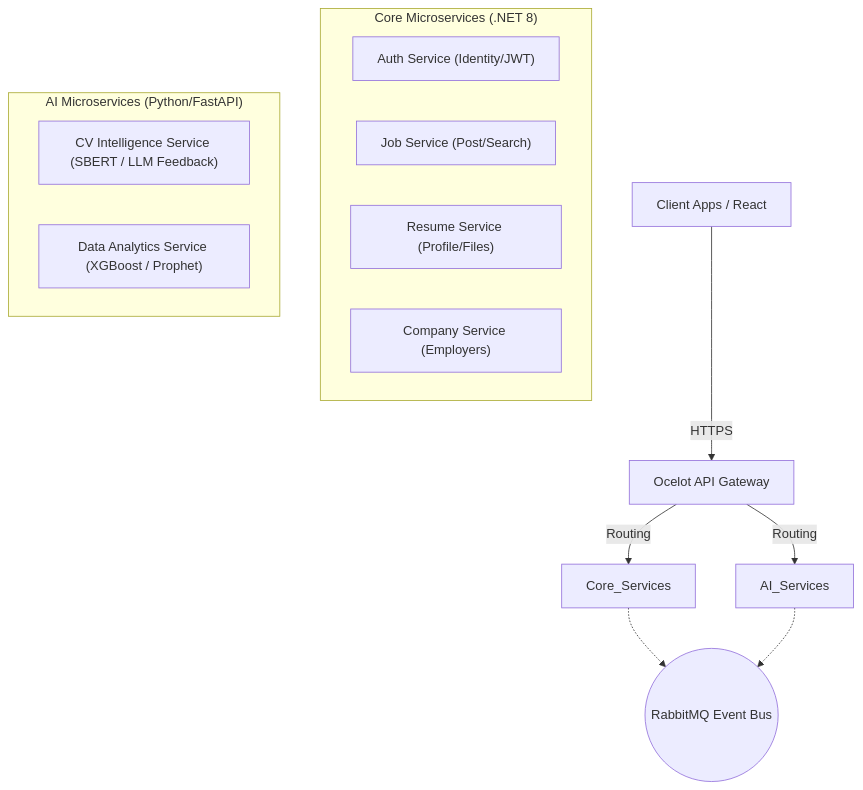
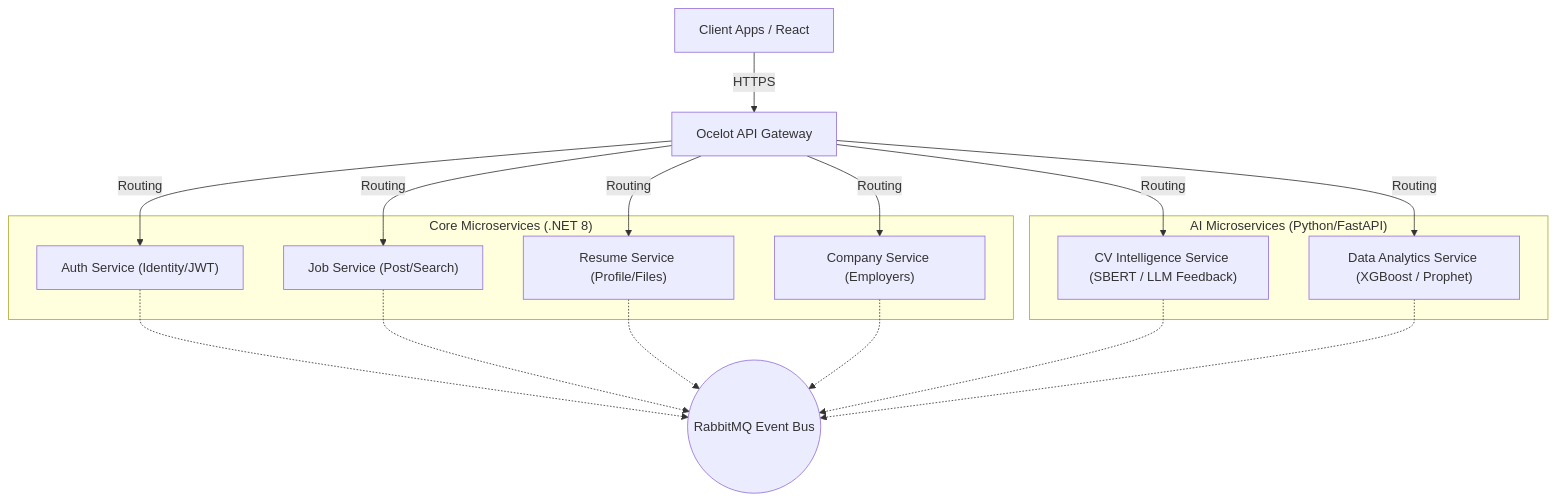
The diagram in README.md (Min-Duc1705/jobhub-microservices), drawn with Mermaid before and after one commit.

Commit message:
init: update Readme

````diff
--- a/README.md
+++ b/README.md
@@ -21,24 +21,32 @@
 ```mermaid
 graph TD
     Client["Client Apps / React"] -->|HTTPS| API_Gateway
     
-    API_Gateway["Ocelot API Gateway"] -->|Routing| Core_Services
-    API_Gateway -->|Routing| AI_Services
+    API_Gateway["Ocelot API Gateway"] -->|Routing| Auth
+    API_Gateway -->|Routing| Job
+    API_Gateway -->|Routing| Resume
+    API_Gateway -->|Routing| Company
+    API_Gateway -->|Routing| CVI
+    API_Gateway -->|Routing| DA
     
     subgraph Core_Microservices ["Core Microservices (.NET 8)"]
         Auth["Auth Service (Identity/JWT)"]
         Job["Job Service (Post/Search)"]
         Resume["Resume Service (Profile/Files)"]
         Company["Company Service (Employers)"]
     end
     
     subgraph AI_Microservices ["AI Microservices (Python/FastAPI)"]
         CVI["CV Intelligence Service (SBERT / LLM Feedback)"]
         DA["Data Analytics Service (XGBoost / Prophet)"]
     end
     
-    Core_Services -.-> RabbitMQ
-    AI_Services -.-> RabbitMQ
+    Auth -.-> RabbitMQ
+    Job -.-> RabbitMQ
+    Resume -.-> RabbitMQ
+    Company -.-> RabbitMQ
+    CVI -.-> RabbitMQ
+    DA -.-> RabbitMQ
     
     RabbitMQ(("RabbitMQ Event Bus"))
 ```
````
